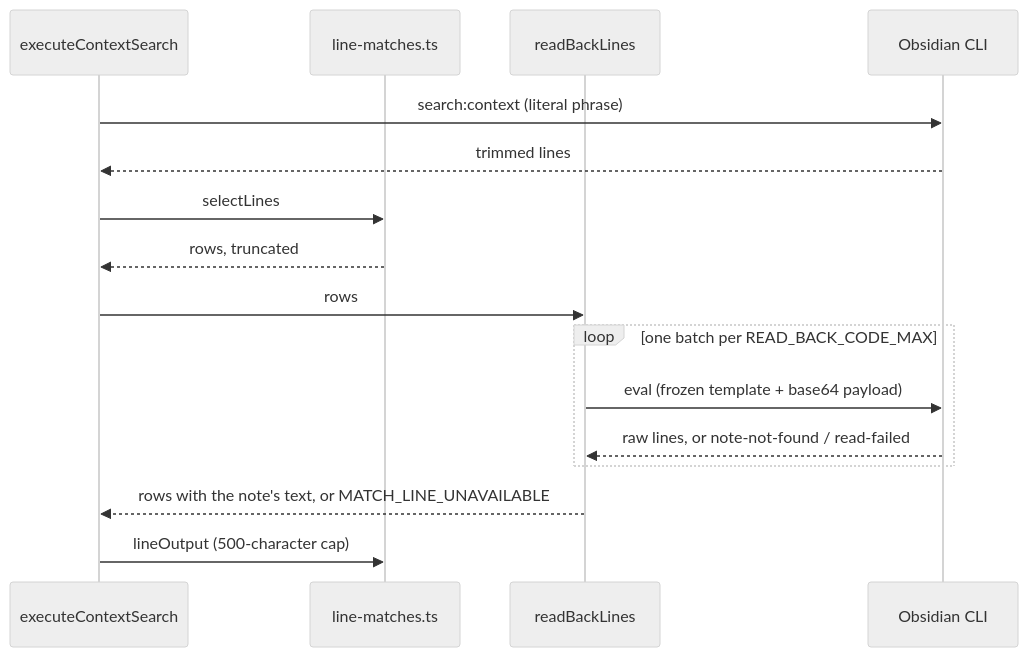
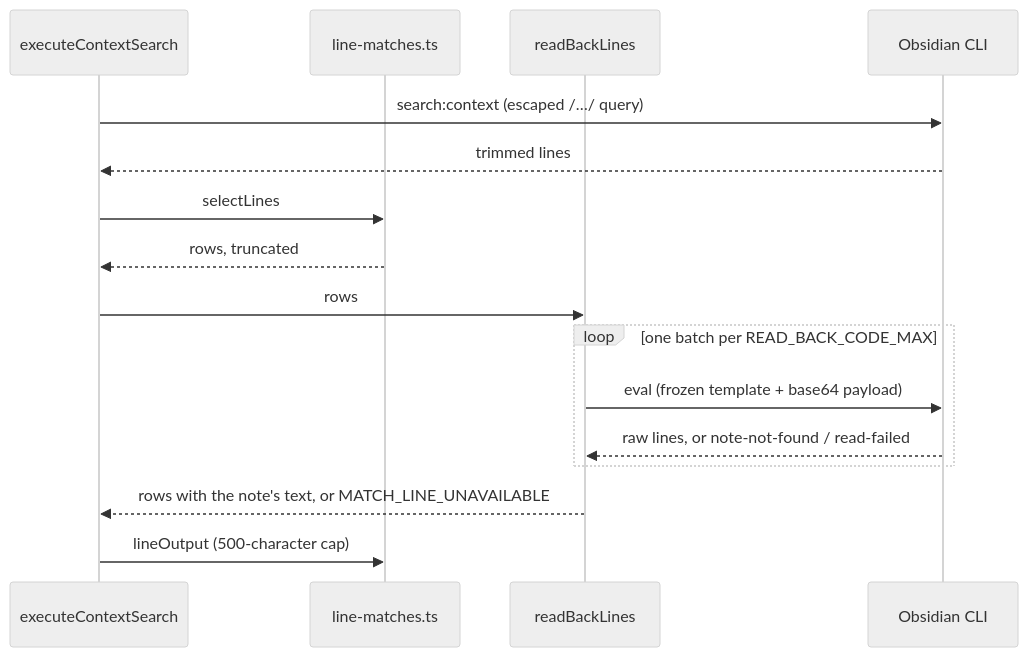
One commit to marwansaab/obsidian-cli-mcp changed the diagram in .docs-as-code/capabilities/search-and-discovery.md. Above: the diagram before and after it, drawn with Mermaid (neutral theme). The commit also changed other lines of this file and 4 other files, not shown here.

````diff
--- a/.docs-as-code/capabilities/search-and-discovery.md
+++ b/.docs-as-code/capabilities/search-and-discovery.md
@@ -85,18 +101,18 @@
 ```mermaid
 sequenceDiagram
     participant H as executeContextSearch
     participant S as line-matches.ts
     participant R as readBackLines
     participant O as Obsidian CLI
-    H->>O: search:context (literal phrase)
+    H->>O: search:context (escaped /…/ query)
     O-->>H: trimmed lines
     H->>S: selectLines
     S-->>H: rows, truncated
     H->>R: rows
     loop one batch per READ_BACK_CODE_MAX
         R->>O: eval (frozen template + base64 payload)
         O-->>R: raw lines, or note-not-found / read-failed
     end
     R-->>H: rows with the note's text, or MATCH_LINE_UNAVAILABLE
     H->>S: lineOutput (500-character cap)
 ```
````
